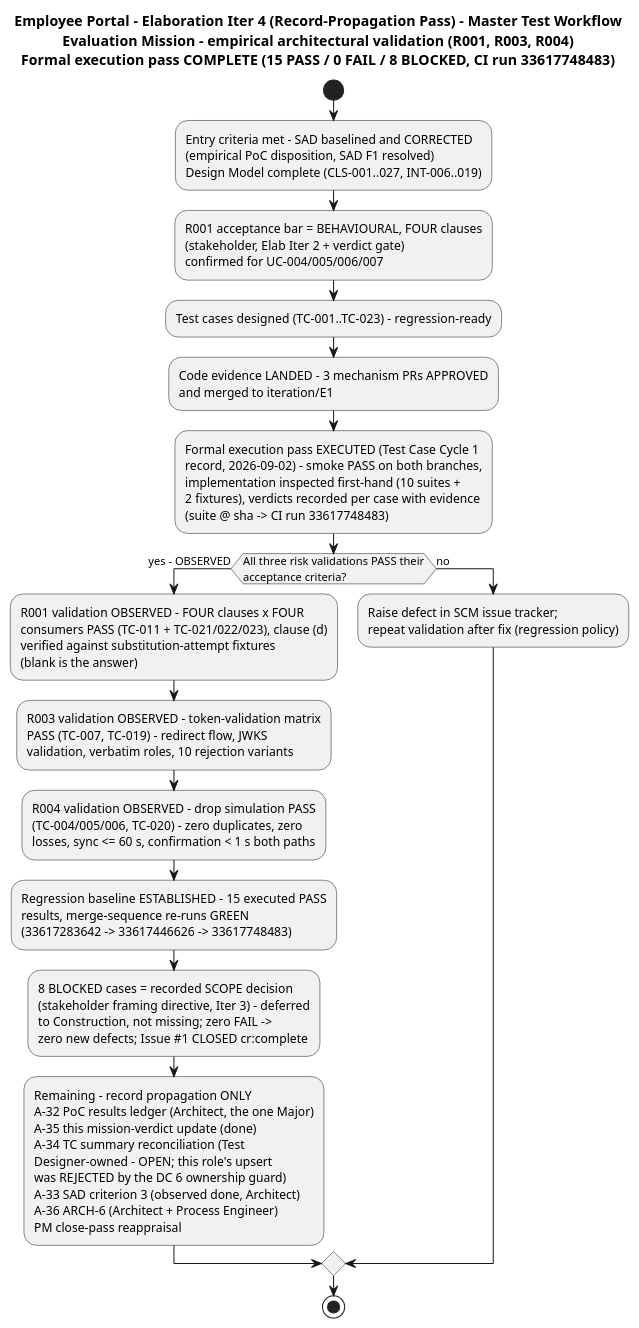
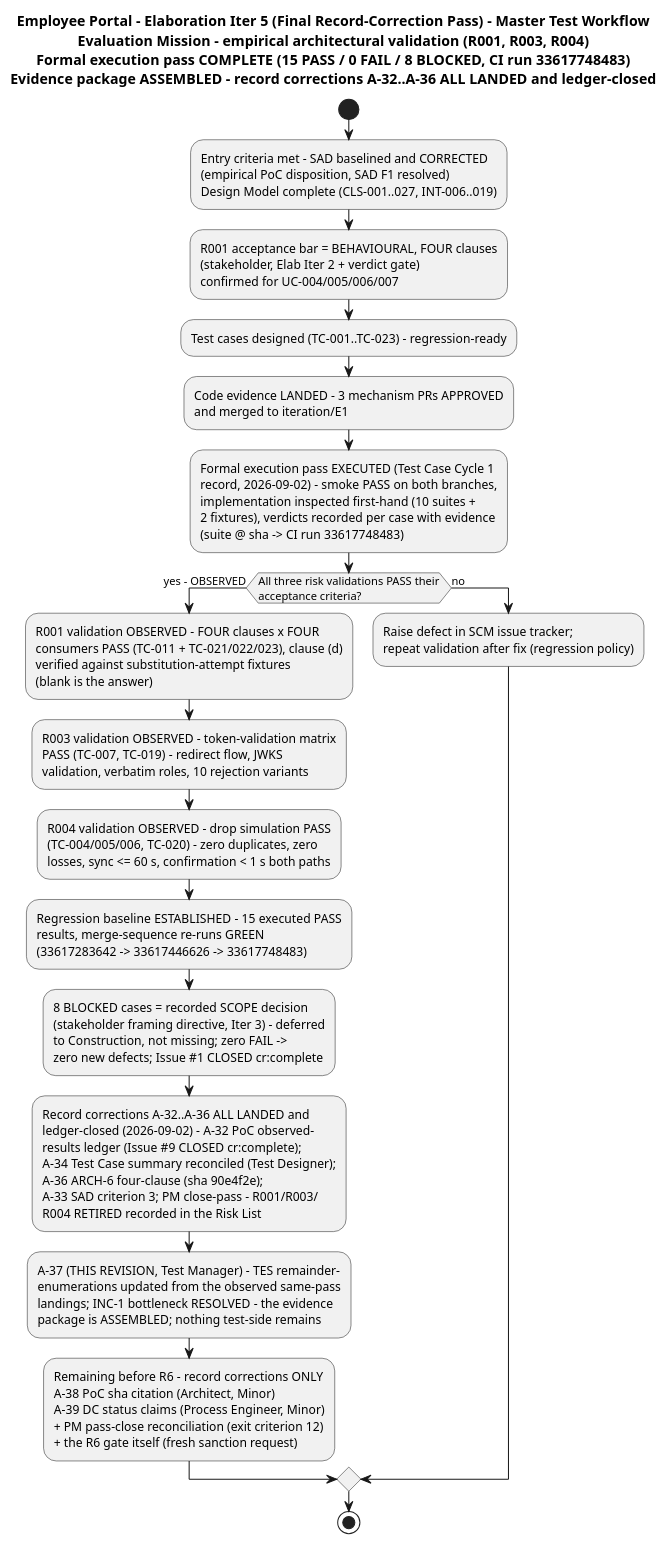
The second of 5 diagrams in docs/artifacts/test/test-evaluation-summary.md (banense-test/employee-portal), drawn with PlantUML before and after one commit. The commit also changed other lines of this file, not shown here.

First line of the commit message:
Test Manager [E5]: upsert Test Evaluation Summary

````diff
--- a/docs/artifacts/test/test-evaluation-summary.md
+++ b/docs/artifacts/test/test-evaluation-summary.md
@@ -128,23 +128,25 @@
 ```plantuml
 @startuml
-title Employee Portal - Elaboration Iter 4 (Record-Propagation Pass) - Master Test Workflow\nEvaluation Mission - empirical architectural validation (R001, R003, R004)\nFormal execution pass COMPLETE (15 PASS / 0 FAIL / 8 BLOCKED, CI run 33617748483)
+title Employee Portal - Elaboration Iter 5 (Final Record-Correction Pass) - Master Test Workflow\nEvaluation Mission - empirical architectural validation (R001, R003, R004)\nFormal execution pass COMPLETE (15 PASS / 0 FAIL / 8 BLOCKED, CI run 33617748483)\nEvidence package ASSEMBLED - record corrections A-32..A-36 ALL LANDED and ledger-closed
 
 start
 :Entry criteria met - SAD baselined and CORRECTED\n(empirical PoC disposition, SAD F1 resolved)\nDesign Model complete (CLS-001..027, INT-006..019);
 :R001 acceptance bar = BEHAVIOURAL, FOUR clauses\n(stakeholder, Elab Iter 2 + verdict gate)\nconfirmed for UC-004/005/006/007;
 :Test cases designed (TC-001..TC-023) - regression-ready;
 :Code evidence LANDED - 3 mechanism PRs APPROVED\nand merged to iteration/E1;
 :Formal execution pass EXECUTED (Test Case Cycle 1\nrecord, 2026-09-02) - smoke PASS on both branches,\nimplementation inspected first-hand (10 suites +\n2 fixtures), verdicts recorded per case with evidence\n(suite @ sha -> CI run 33617748483);
 if (All three risk validations PASS their\nacceptance criteria?) then (yes - OBSERVED)
   :R001 validation OBSERVED - FOUR clauses x FOUR\nconsumers PASS (TC-011 + TC-021/022/023), clause (d)\nverified against substitution-attempt fixtures\n(blank is the answer);
   :R003 validation OBSERVED - token-validation matrix\nPASS (TC-007, TC-019) - redirect flow, JWKS\nvalidation, verbatim roles, 10 rejection variants;
   :R004 validation OBSERVED - drop simulation PASS\n(TC-004/005/006, TC-020) - zero duplicates, zero\nlosses, sync <= 60 s, confirmation < 1 s both paths;
   :Regression baseline ESTABLISHED - 15 executed PASS\nresults, merge-sequence re-runs GREEN\n(33617283642 -> 33617446626 -> 33617748483);
   :8 BLOCKED cases = recorded SCOPE decision\n(stakeholder framing directive, Iter 3) - deferred\nto Construction, not missing; zero FAIL ->\nzero new defects; Issue #1 CLOSED cr:complete;
-  :Remaining - record propagation ONLY\nA-32 PoC results ledger (Architect, the one Major)\nA-35 this mission-verdict update (done)\nA-34 TC summary reconciliation (Test\nDesigner-owned - OPEN; this role's upsert\nwas REJECTED by the DC 6 ownership guard)\nA-33 SAD criterion 3 (observed done, Architect)\nA-36 ARCH-6 (Architect + Process Engineer)\nPM close-pass reappraisal;
+  :Record corrections A-32..A-36 ALL LANDED and\nledger-closed (2026-09-02) - A-32 PoC observed-\nresults ledger (Issue #9 CLOSED cr:complete);\nA-34 Test Case summary reconciled (Test Designer);\nA-36 ARCH-6 four-clause (sha 90e4f2e);\nA-33 SAD criterion 3; PM close-pass - R001/R003/\nR004 RETIRED recorded in the Risk List;
+  :A-37 (THIS REVISION, Test Manager) - TES remainder-\nenumerations updated from the observed same-pass\nlandings; INC-1 bottleneck RESOLVED - the evidence\npackage is ASSEMBLED; nothing test-side remains;
+  :Remaining before R6 - record corrections ONLY\nA-38 PoC sha citation (Architect, Minor)\nA-39 DC status claims (Process Engineer, Minor)\n+ PM pass-close reconciliation (exit criterion 12)\n+ the R6 gate itself (fresh sanction request);
 else (no)
   :Raise defect in SCM issue tracker;\nrepeat validation after fix (regression policy);
 endif
 stop
 @enduml
 ```
````
